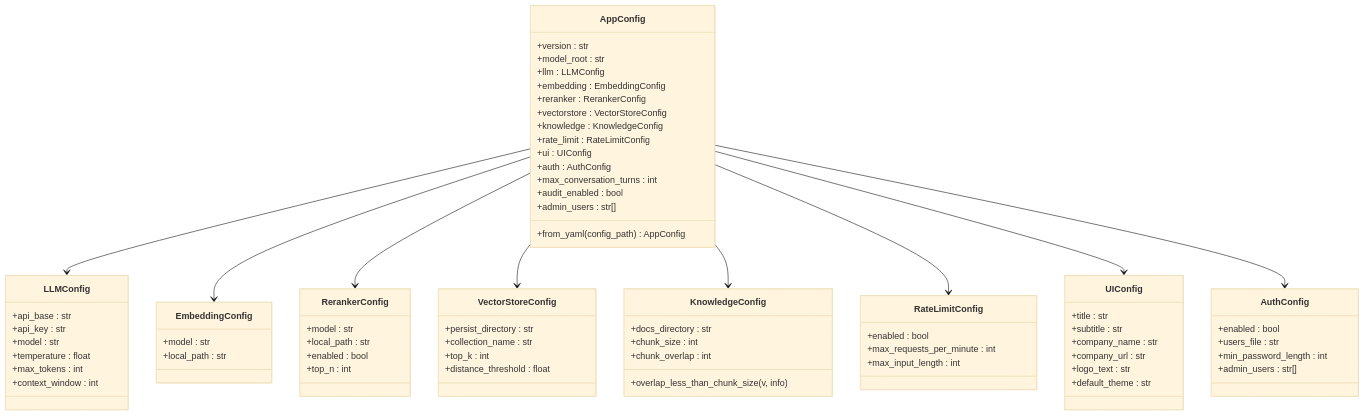
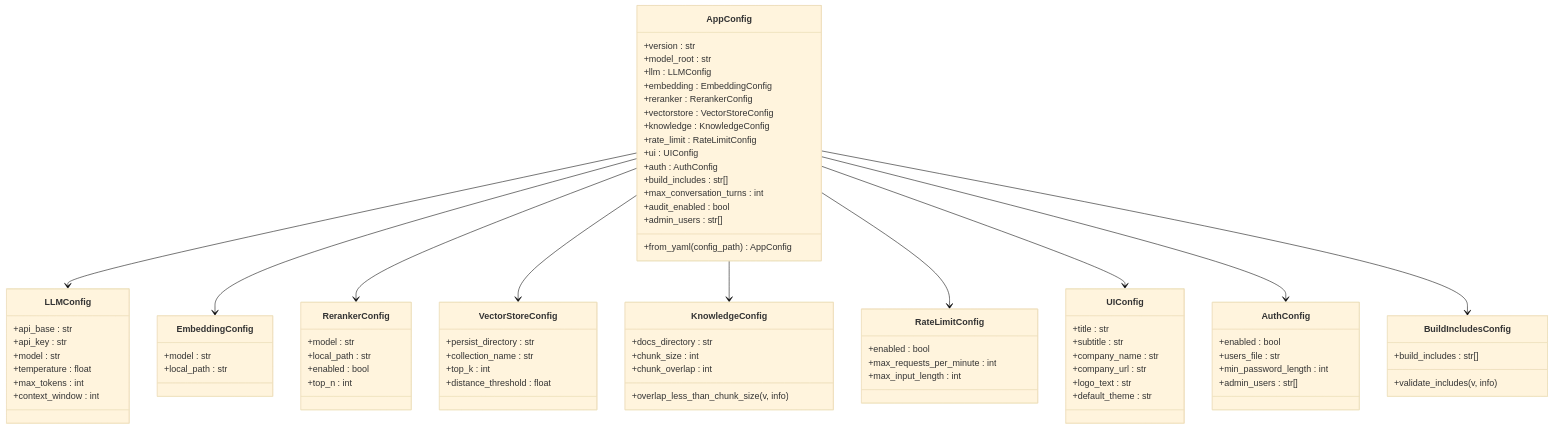
The fourth of 9 diagrams in .qoder/repowiki/zh/content/RAG核心引擎/配置管理系统.md (joyafa/knowledge), drawn with Mermaid (base theme) before and after one commit. The commit also changed other lines of this file and 12 other files, not shown here.

````diff
--- a/.qoder/repowiki/zh/content/RAG核心引擎/配置管理系统.md
+++ b/.qoder/repowiki/zh/content/RAG核心引擎/配置管理系统.md
@@ -265,76 +282,82 @@
 ```mermaid
 classDiagram
 class AppConfig {
 +version : str
 +model_root : str
 +llm : LLMConfig
 +embedding : EmbeddingConfig
 +reranker : RerankerConfig
 +vectorstore : VectorStoreConfig
 +knowledge : KnowledgeConfig
 +rate_limit : RateLimitConfig
 +ui : UIConfig
 +auth : AuthConfig
++build_includes : str[]
 +max_conversation_turns : int
 +audit_enabled : bool
 +admin_users : str[]
 +from_yaml(config_path) AppConfig
 }
 class LLMConfig {
 +api_base : str
 +api_key : str
 +model : str
 +temperature : float
 +max_tokens : int
 +context_window : int
 }
 class EmbeddingConfig {
 +model : str
 +local_path : str
 }
 class RerankerConfig {
 +model : str
 +local_path : str
 +enabled : bool
 +top_n : int
 }
 class VectorStoreConfig {
 +persist_directory : str
 +collection_name : str
 +top_k : int
 +distance_threshold : float
 }
 class KnowledgeConfig {
 +docs_directory : str
 +chunk_size : int
 +chunk_overlap : int
 +overlap_less_than_chunk_size(v, info)
 }
 class RateLimitConfig {
 +enabled : bool
 +max_requests_per_minute : int
 +max_input_length : int
 }
 class UIConfig {
 +title : str
 +subtitle : str
 +company_name : str
 +company_url : str
 +logo_text : str
 +default_theme : str
 }
 class AuthConfig {
 +enabled : bool
 +users_file : str
 +min_password_length : int
 +admin_users : str[]
 }
+class BuildIncludesConfig {
++build_includes : str[]
++validate_includes(v, info)
+}
 AppConfig --> LLMConfig
 AppConfig --> EmbeddingConfig
 AppConfig --> RerankerConfig
 AppConfig --> VectorStoreConfig
 AppConfig --> KnowledgeConfig
 AppConfig --> RateLimitConfig
 AppConfig --> UIConfig
 AppConfig --> AuthConfig
+AppConfig --> BuildIncludesConfig
 ```
````
